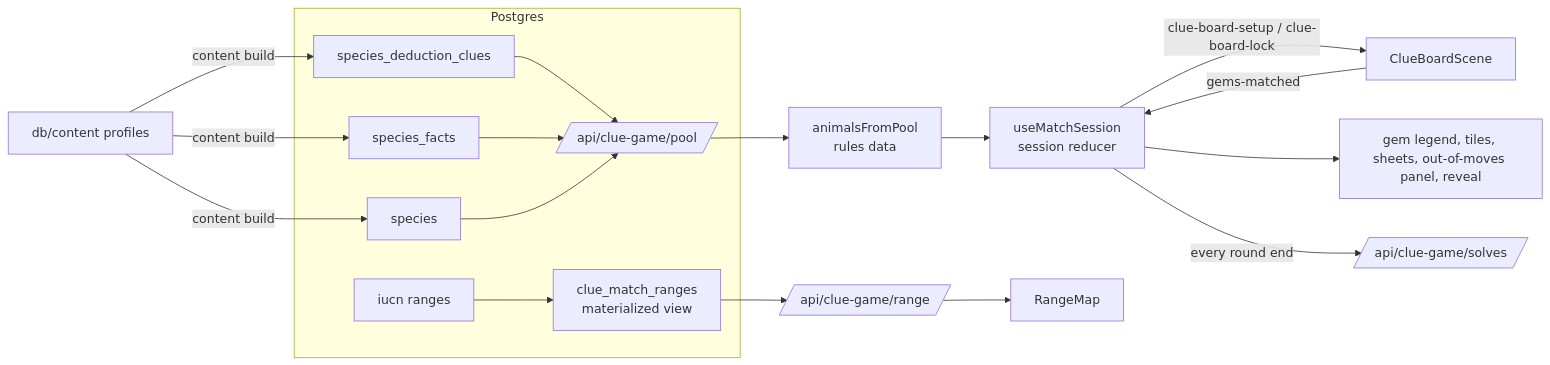
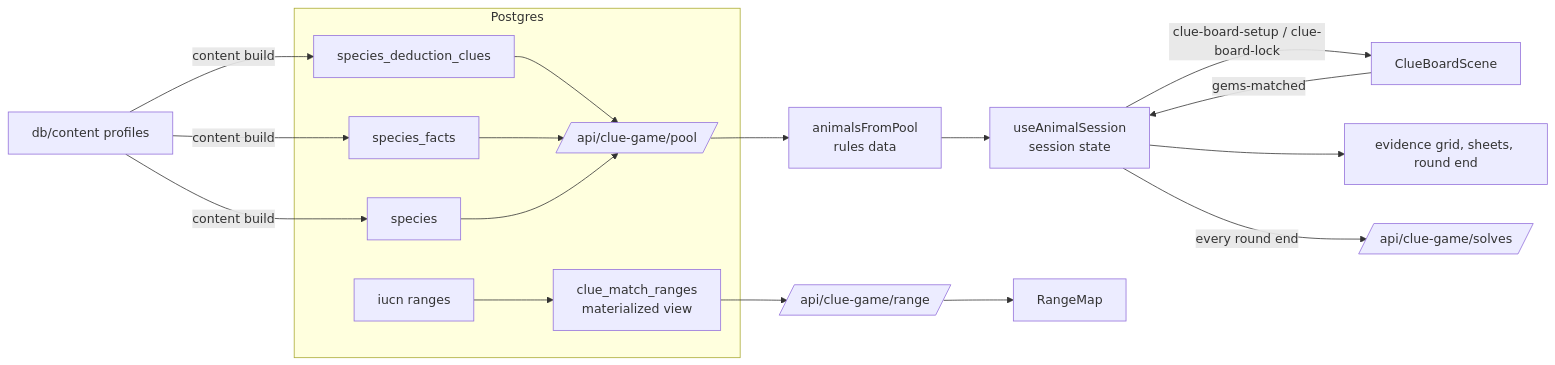
The diagram in docs/CLUE_MATCH.md (kc0588615/phaser-june), drawn with Mermaid before and after one commit. The commit also changed other lines of this file and 7 other files, not shown here.

First line of the commit message:
game: move Sheet + continentOf out of deleted 043 files

````diff
--- a/docs/CLUE_MATCH.md
+++ b/docs/CLUE_MATCH.md
@@ -30,16 +30,16 @@
 ```mermaid
 flowchart LR
   J[db/content profiles] -->|content build| C & F & S
   subgraph Postgres
     C[species_deduction_clues] --> P
     F[species_facts] --> P
     S[species] --> P
     I[iucn ranges] --> R[clue_match_ranges<br/>materialized view]
   end
-  P[/api/clue-game/pool/] --> A[animalsFromPool<br/>rules data] --> H[useMatchSession<br/>session reducer]
+  P[/api/clue-game/pool/] --> A[animalsFromPool<br/>rules data] --> H[useAnimalSession<br/>session state]
   R --> M[/api/clue-game/range/] --> RM[RangeMap]
   B[ClueBoardScene] -- gems-matched --> H
   H -- clue-board-setup / clue-board-lock --> B
-  H --> UI[gem legend, tiles, sheets, out-of-moves panel, reveal]
+  H --> UI[evidence grid, sheets, round end]
   H -- every round end --> SV[/api/clue-game/solves/]
 ```
````
